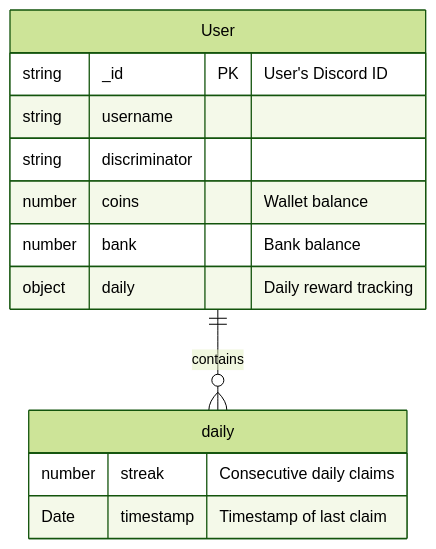
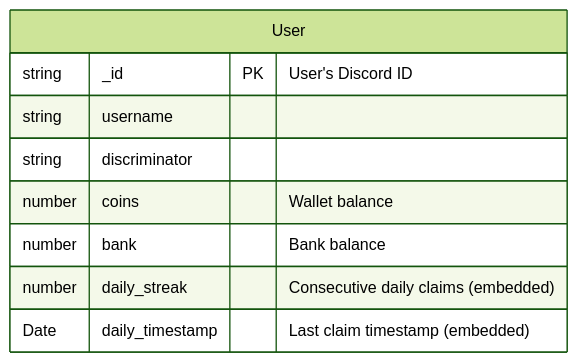
Before and after one commit to iamvikshan/mina-docs: the first of 2 diagrams in docs/pages/wiki/economy-system.md, drawn with Mermaid (forest theme). The commit also changed 15 other files, not shown here.

````diff
--- a/docs/pages/wiki/economy-system.md
+++ b/docs/pages/wiki/economy-system.md
@@ -34,18 +34,12 @@
 ```mermaid
 erDiagram
     User {
         string _id PK "User's Discord ID"
         string username
         string discriminator
         number coins "Wallet balance"
         number bank "Bank balance"
-        object daily "Daily reward tracking"
+        number daily_streak "Consecutive daily claims (embedded)"
+        Date daily_timestamp "Last claim timestamp (embedded)"
     }
-
-    daily {
-        number streak "Consecutive daily claims"
-        Date timestamp "Timestamp of last claim"
-    }
-
-    User ||--o{ daily : contains
 ```
````
